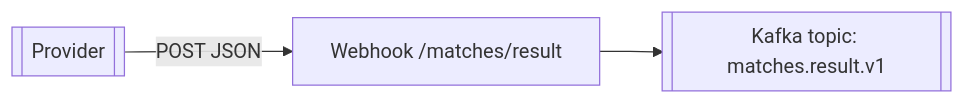
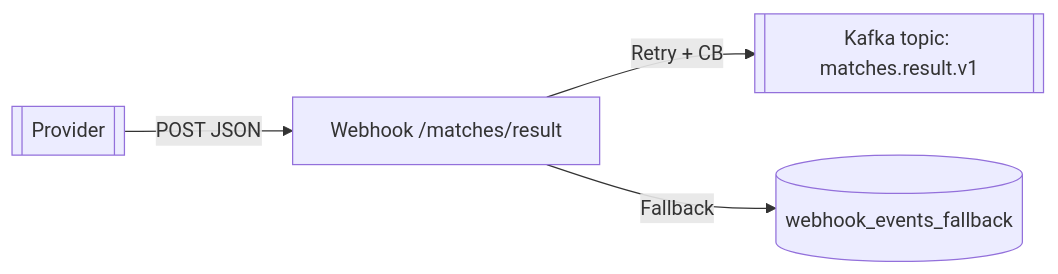
One commit to dev-rodrigues/bet-platform changed the diagram in services/result-ingestion-service/README.md. Above: the diagram before and after it, drawn with Mermaid.

Commit message:
feat: atualizar diagrama de fluxo com retries e fallback de webhook

````diff
--- a/services/result-ingestion-service/README.md
+++ b/services/result-ingestion-service/README.md
@@ -5,6 +5,7 @@
 ```mermaid
 flowchart LR
     Provider[[Provider]]
     Provider -->|POST JSON| API["Webhook /matches/result"]
-    API --> Topic[[Kafka topic: matches.result.v1]]
+    API -->|Retry + CB| Topic[[Kafka topic: matches.result.v1]]
+    API -->|Fallback| Fallback[(webhook_events_fallback)]
 ```
````
